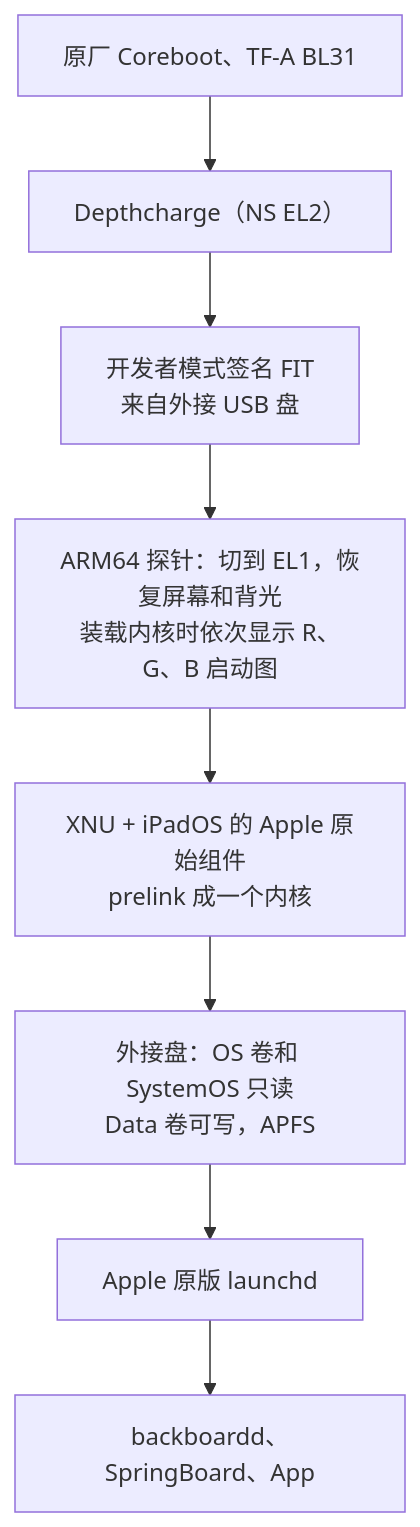
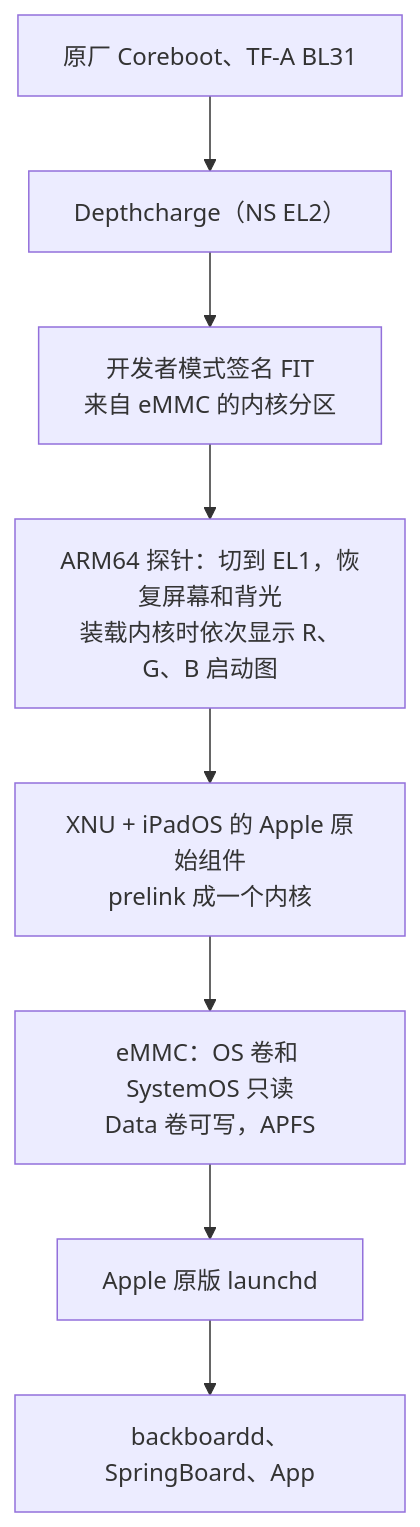
The first of 4 diagrams in README.md (chiba233/Trogdor-ipadOS), drawn with Mermaid before and after one commit. The commit also changed other lines of this file and 28 other files, not shown here.

````diff
--- a/README.md
+++ b/README.md
@@ -13,10 +13,10 @@
 ```mermaid
 flowchart TD
     A["原厂 Coreboot、TF-A BL31"] --> B["Depthcharge（NS EL2）"]
-    B --> C["开发者模式签名 FIT<br/>来自外接 USB 盘"]
+    B --> C["开发者模式签名 FIT<br/>来自 eMMC 的内核分区"]
     C --> D["ARM64 探针：切到 EL1，恢复屏幕和背光<br/>装载内核时依次显示 R、G、B 启动图"]
     D --> E["XNU + iPadOS 的 Apple 原始组件<br/>prelink 成一个内核"]
-    E --> F["外接盘：OS 卷和 SystemOS 只读<br/>Data 卷可写，APFS"]
+    E --> F["eMMC：OS 卷和 SystemOS 只读<br/>Data 卷可写，APFS"]
     F --> G["Apple 原版 launchd"]
     G --> H["backboardd、SpringBoard、App"]
 ```
````
